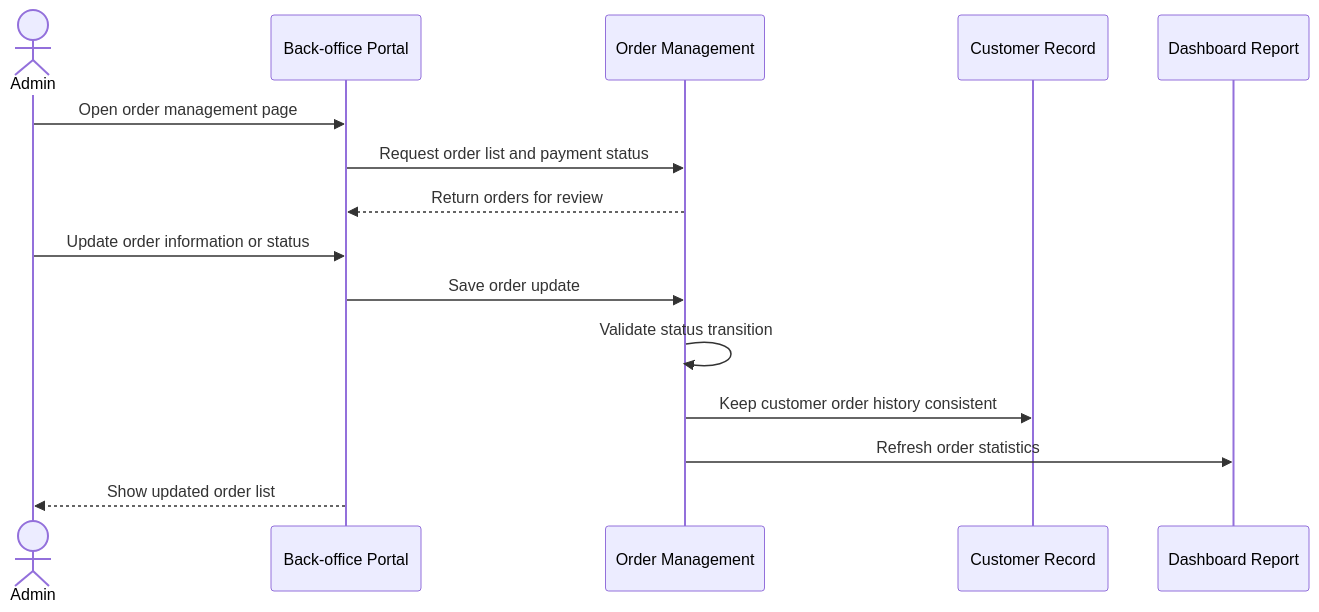
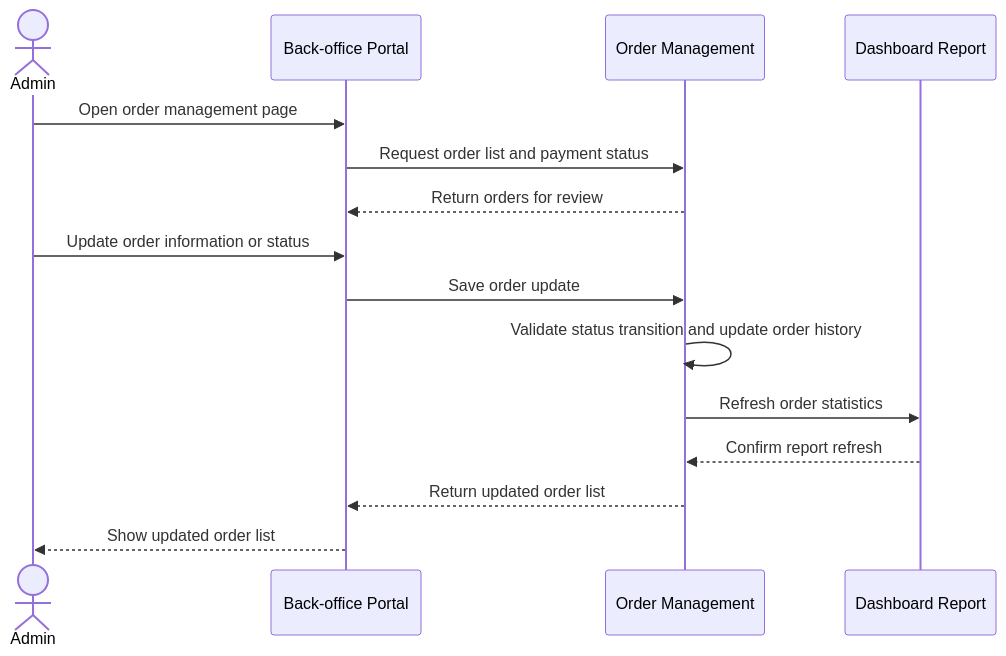
One commit to ngxuanvan/ReSip-Multi-Payment-E-Commerce changed the seventh of 9 diagrams in README.md. Above: the diagram before and after it, drawn with Mermaid. The commit also changed other lines of this file, not shown here.

Commit message:
docs: refine sequence diagrams with stepwise messages

````diff
--- a/README.md
+++ b/README.md
@@ -249,19 +258,19 @@
 ```mermaid
 sequenceDiagram
     actor Admin
     participant BackOffice as Back-office Portal
     participant Order as Order Management
-    participant Customer as Customer Record
     participant Dashboard as Dashboard Report
 
     Admin->>BackOffice: Open order management page
     BackOffice->>Order: Request order list and payment status
     Order-->>BackOffice: Return orders for review
 
     Admin->>BackOffice: Update order information or status
     BackOffice->>Order: Save order update
-    Order->>Order: Validate status transition
-    Order->>Customer: Keep customer order history consistent
+    Order->>Order: Validate status transition and update order history
     Order->>Dashboard: Refresh order statistics
+    Dashboard-->>Order: Confirm report refresh
+    Order-->>BackOffice: Return updated order list
     BackOffice-->>Admin: Show updated order list
 ```
````
